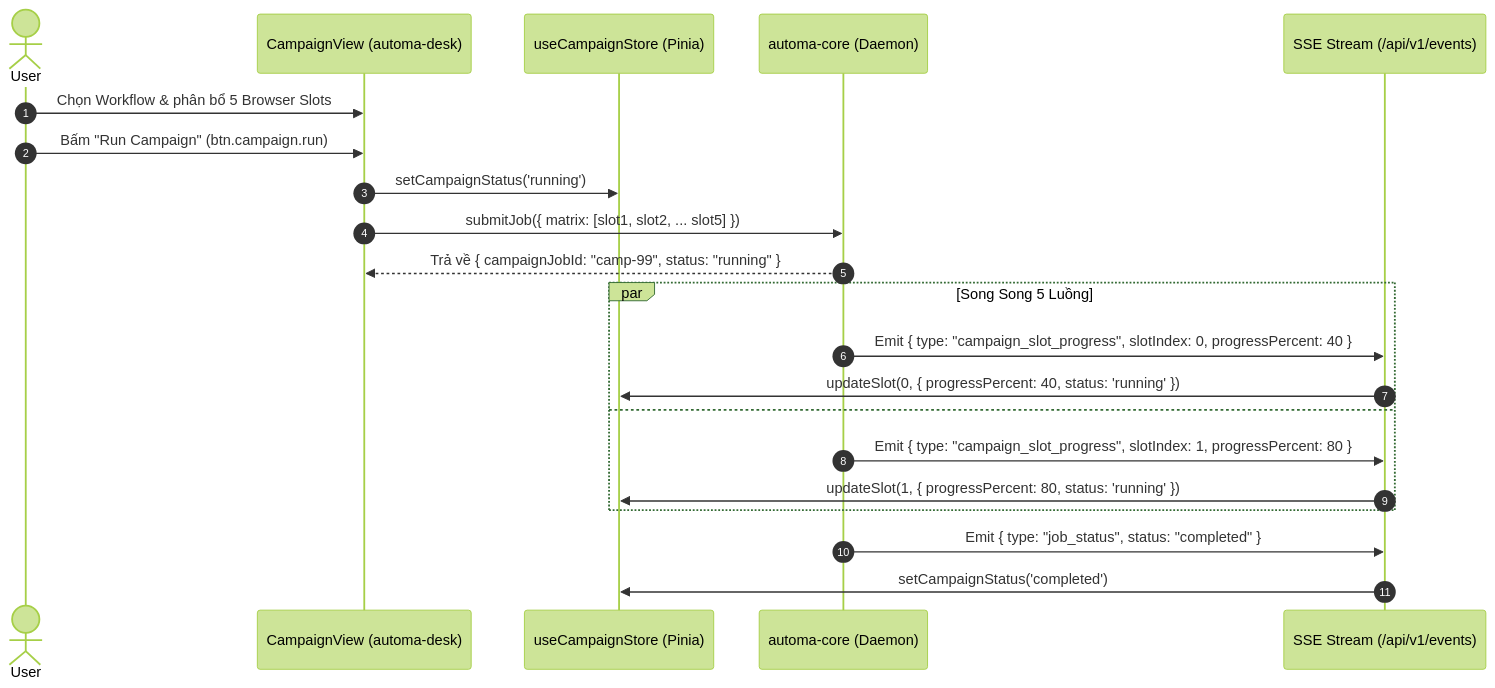
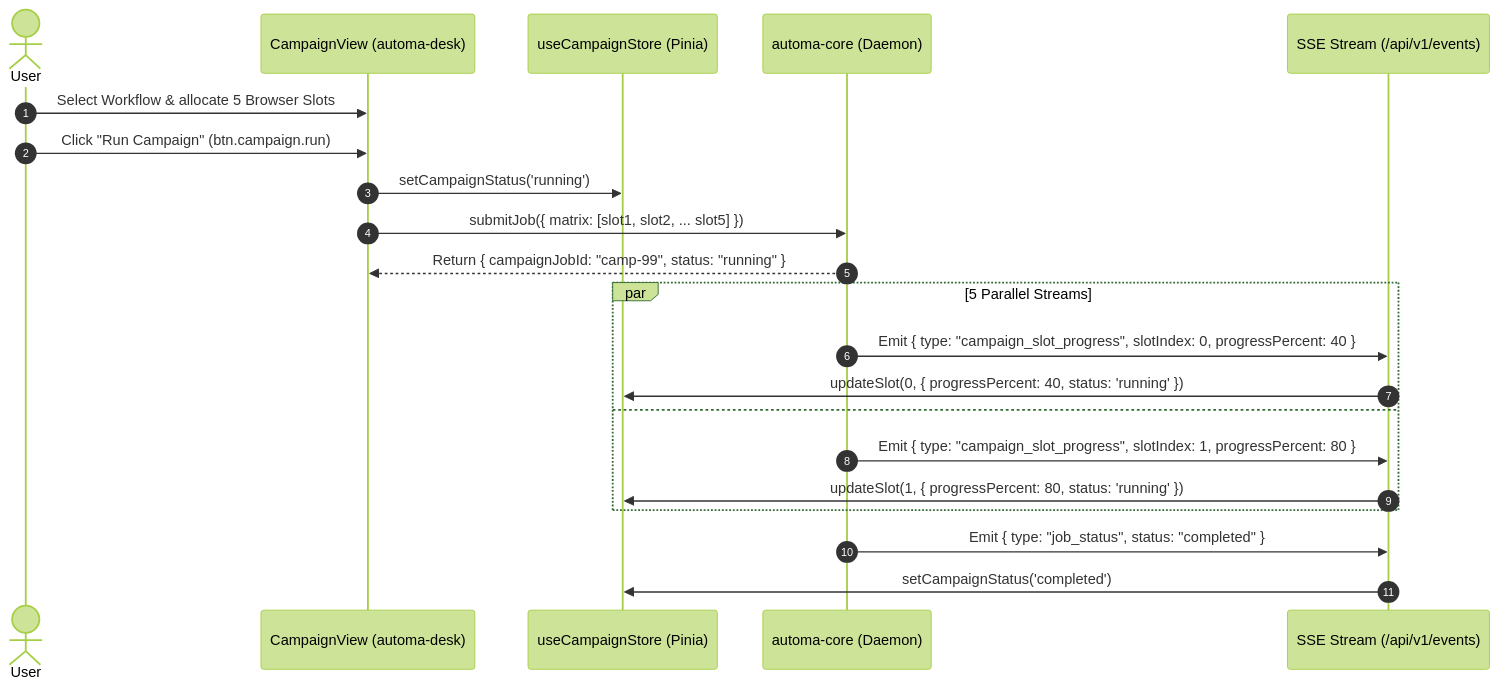
One commit to tuquet/automa changed the diagram in docs/srs/SRS_MENU_CAMPAIGN.md. Above: the diagram before and after it, drawn with Mermaid (forest theme). The commit also changed other lines of this file and 26 other files, not shown here.

````diff
--- a/docs/srs/SRS_MENU_CAMPAIGN.md
+++ b/docs/srs/SRS_MENU_CAMPAIGN.md
@@ -84,26 +84,26 @@
 ```mermaid
 sequenceDiagram
     autonumber
     actor User
     participant Desk as CampaignView (automa-desk)
     participant Store as useCampaignStore (Pinia)
     participant Core as automa-core (Daemon)
     participant SSE as SSE Stream (/api/v1/events)
 
-    User->>Desk: Chọn Workflow & phân bổ 5 Browser Slots
-    User->>Desk: Bấm "Run Campaign" (btn.campaign.run)
+    User->>Desk: Select Workflow & allocate 5 Browser Slots
+    User->>Desk: Click "Run Campaign" (btn.campaign.run)
     Desk->>Store: setCampaignStatus('running')
     Desk->>Core: submitJob({ matrix: [slot1, slot2, ... slot5] })
-    Core-->>Desk: Trả về { campaignJobId: "camp-99", status: "running" }
+    Core-->>Desk: Return { campaignJobId: "camp-99", status: "running" }
 
-    par Song Song 5 Luồng
+    par 5 Parallel Streams
         Core->>SSE: Emit { type: "campaign_slot_progress", slotIndex: 0, progressPercent: 40 }
         SSE->>Store: updateSlot(0, { progressPercent: 40, status: 'running' })
     and
         Core->>SSE: Emit { type: "campaign_slot_progress", slotIndex: 1, progressPercent: 80 }
         SSE->>Store: updateSlot(1, { progressPercent: 80, status: 'running' })
     end
 
     Core->>SSE: Emit { type: "job_status", status: "completed" }
     SSE->>Store: setCampaignStatus('completed')
 ```
````
